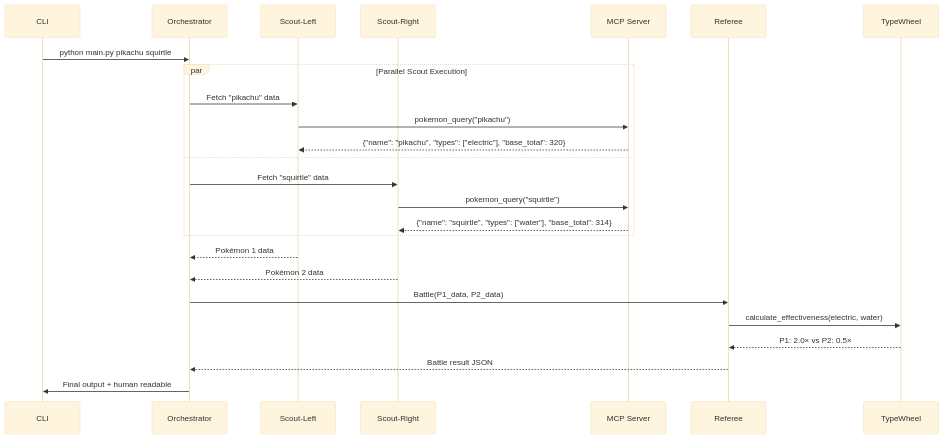
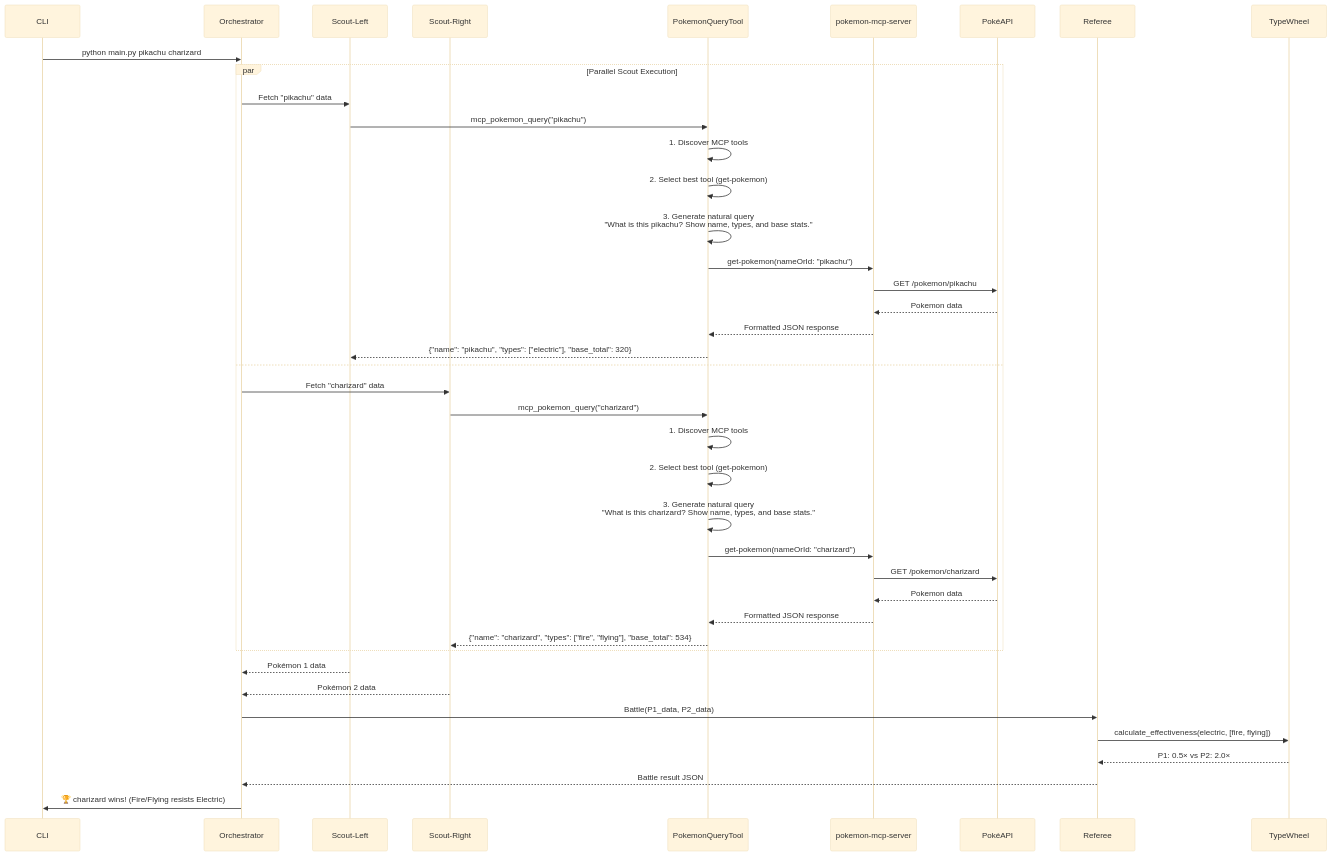
The second of 2 diagrams in README.md (igorneos/multiagent-battle-pokemon), drawn with Mermaid (base theme) before and after one commit. The commit also changed other lines of this file and 4 other files, not shown here.

Commit message:
Refactor PokemonQueryTool to connect dynamically to MCP server, enhancing tool discovery and natural language querying. Updated prompts and error handling for improved user experience. Revised requirements for better dependency management.

````diff
--- a/README.md
+++ b/README.md
@@ -112,32 +145,48 @@
 ```mermaid
 sequenceDiagram
     participant CLI
     participant Orchestrator
     participant ScoutL as Scout-Left
     participant ScoutR as Scout-Right
-    participant MCP as MCP Server
+    participant Tool as PokemonQueryTool
+    participant MCP as pokemon-mcp-server
+    participant API as PokéAPI
     participant Referee
     participant TypeWheel
 
-    CLI->>Orchestrator: python main.py pikachu squirtle
+    CLI->>Orchestrator: python main.py pikachu charizard
     
     par Parallel Scout Execution
         Orchestrator->>ScoutL: Fetch "pikachu" data
-        ScoutL->>MCP: pokemon_query("pikachu")
-        MCP-->>ScoutL: {"name": "pikachu", "types": ["electric"], "base_total": 320}
+        ScoutL->>Tool: mcp_pokemon_query("pikachu")
+        Tool->>Tool: 1. Discover MCP tools
+        Tool->>Tool: 2. Select best tool (get-pokemon)
+        Tool->>Tool: 3. Generate natural query<br/>"What is this pikachu? Show name, types, and base stats."
+        Tool->>MCP: get-pokemon(nameOrId: "pikachu")
+        MCP->>API: GET /pokemon/pikachu
+        API-->>MCP: Pokemon data
+        MCP-->>Tool: Formatted JSON response
+        Tool-->>ScoutL: {"name": "pikachu", "types": ["electric"], "base_total": 320}
     and
-        Orchestrator->>ScoutR: Fetch "squirtle" data
-        ScoutR->>MCP: pokemon_query("squirtle")
-        MCP-->>ScoutR: {"name": "squirtle", "types": ["water"], "base_total": 314}
+        Orchestrator->>ScoutR: Fetch "charizard" data
+        ScoutR->>Tool: mcp_pokemon_query("charizard")
+        Tool->>Tool: 1. Discover MCP tools
+        Tool->>Tool: 2. Select best tool (get-pokemon)
+        Tool->>Tool: 3. Generate natural query<br/>"What is this charizard? Show name, types, and base stats."
+        Tool->>MCP: get-pokemon(nameOrId: "charizard")
+        MCP->>API: GET /pokemon/charizard
+        API-->>MCP: Pokemon data
+        MCP-->>Tool: Formatted JSON response
+        Tool-->>ScoutR: {"name": "charizard", "types": ["fire", "flying"], "base_total": 534}
     end
     
     ScoutL-->>Orchestrator: Pokémon 1 data
     ScoutR-->>Orchestrator: Pokémon 2 data
     
     Orchestrator->>Referee: Battle(P1_data, P2_data)
-    Referee->>TypeWheel: calculate_effectiveness(electric, water)
-    TypeWheel-->>Referee: P1: 2.0× vs P2: 0.5×
+    Referee->>TypeWheel: calculate_effectiveness(electric, [fire, flying])
+    TypeWheel-->>Referee: P1: 0.5× vs P2: 2.0×
     Referee-->>Orchestrator: Battle result JSON
     
-    Orchestrator->>CLI: Final output + human readable
+    Orchestrator->>CLI: 🏆 charizard wins! (Fire/Flying resists Electric)
 ```
````
